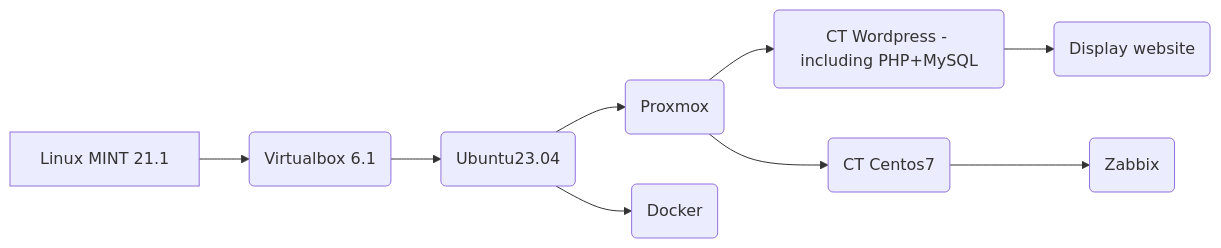
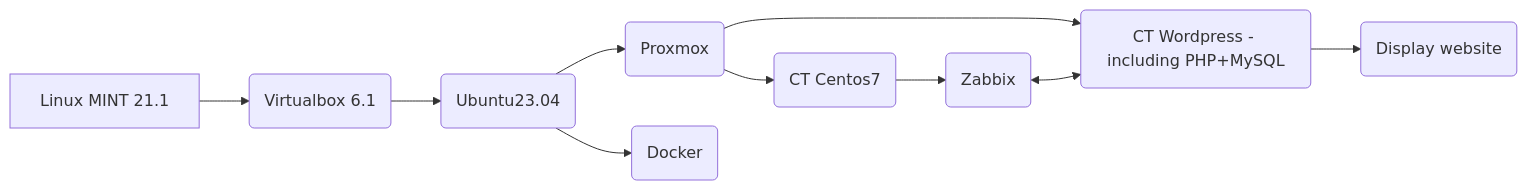
One commit to DanyAAD90/DevOps_junior_Wordpress changed the diagram in Project.md. Above: the diagram before and after it, drawn with Mermaid.

````diff
--- a/Project.md
+++ b/Project.md
@@ -3,11 +3,12 @@
 ```mermaid
 graph LR
 A[Linux MINT 21.1] --> B(Virtualbox 6.1)
 B --> C(Ubuntu23.04)
 C --> D(Proxmox)
 D --> E(CT Wordpress - including PHP+MySQL)
 E --> G(Display website)
 C --> F(Docker)
 D --> H(CT Centos7)
 H --> I(Zabbix)
+I <--> E
 ```
````
